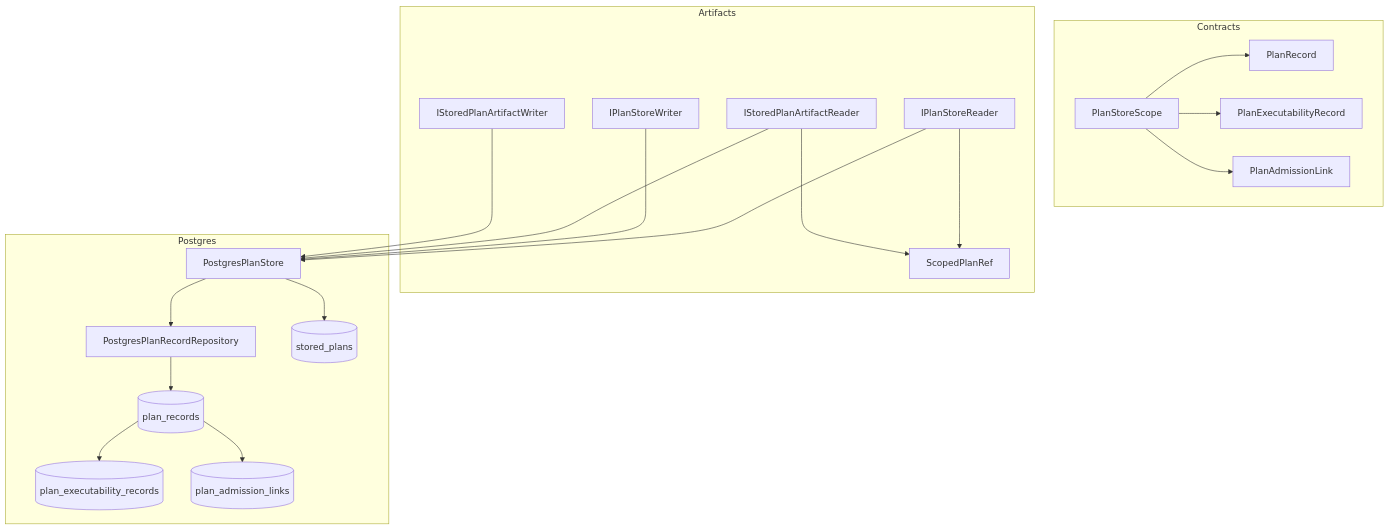
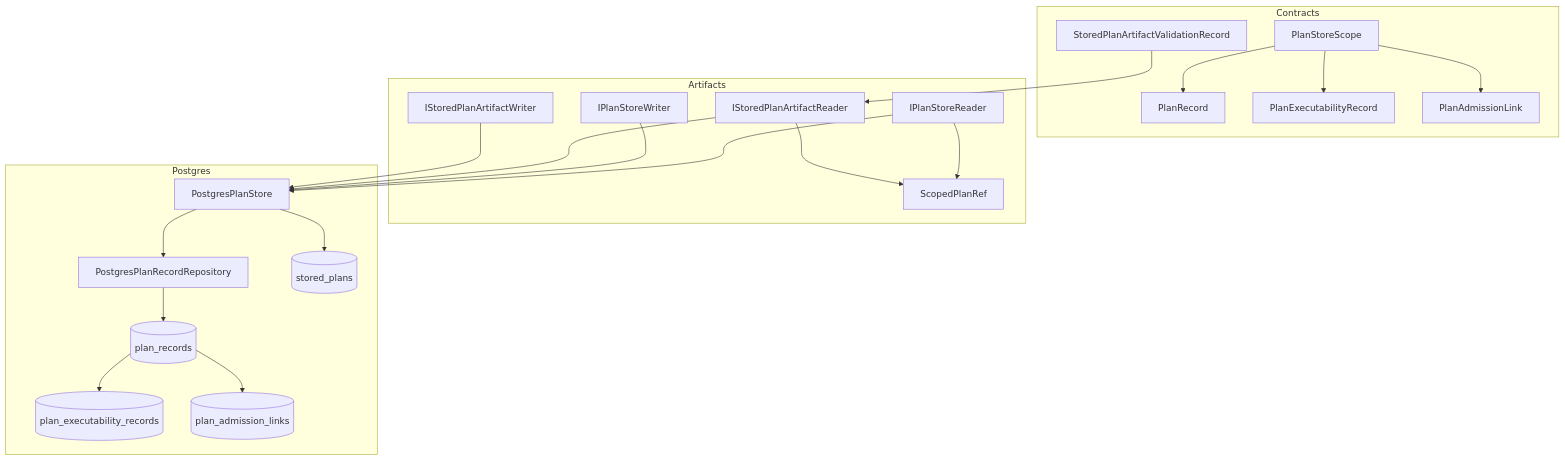
Before and after one commit to dunay2/dvt: the first of 5 diagrams in docs/architecture/components/engine/contracts/plan-store-records-component.md, drawn with Mermaid. The commit also changed other lines of this file and 19 other files, not shown here.

````diff
--- a/docs/architecture/components/engine/contracts/plan-store-records-component.md
+++ b/docs/architecture/components/engine/contracts/plan-store-records-component.md
@@ -82,41 +86,43 @@
 ```mermaid
 flowchart TB
   subgraph Contracts
     Scope[PlanStoreScope]
     Record[PlanRecord]
     Exec[PlanExecutabilityRecord]
     Link[PlanAdmissionLink]
+    ArtifactValidation[StoredPlanArtifactValidationRecord]
   end
 
   subgraph Artifacts
     Reader[IPlanStoreReader]
     Writer[IPlanStoreWriter]
     ArtifactReader[IStoredPlanArtifactReader]
     ArtifactWriter[IStoredPlanArtifactWriter]
     ScopedRef[ScopedPlanRef]
   end
 
   subgraph Postgres
     Store[PostgresPlanStore]
     Repo[PostgresPlanRecordRepository]
     Blob[(stored_plans)]
     RecordTable[(plan_records)]
     ExecTable[(plan_executability_records)]
     LinkTable[(plan_admission_links)]
   end
 
   Scope --> Record
   Scope --> Exec
   Scope --> Link
+  ArtifactValidation --> ArtifactReader
   Reader --> ScopedRef
   ArtifactReader --> ScopedRef
   Reader --> Store
   Writer --> Store
   ArtifactReader --> Store
   ArtifactWriter --> Store
   Store --> Repo
   Store --> Blob
   Repo --> RecordTable
   RecordTable --> ExecTable
   RecordTable --> LinkTable
 ```
````
